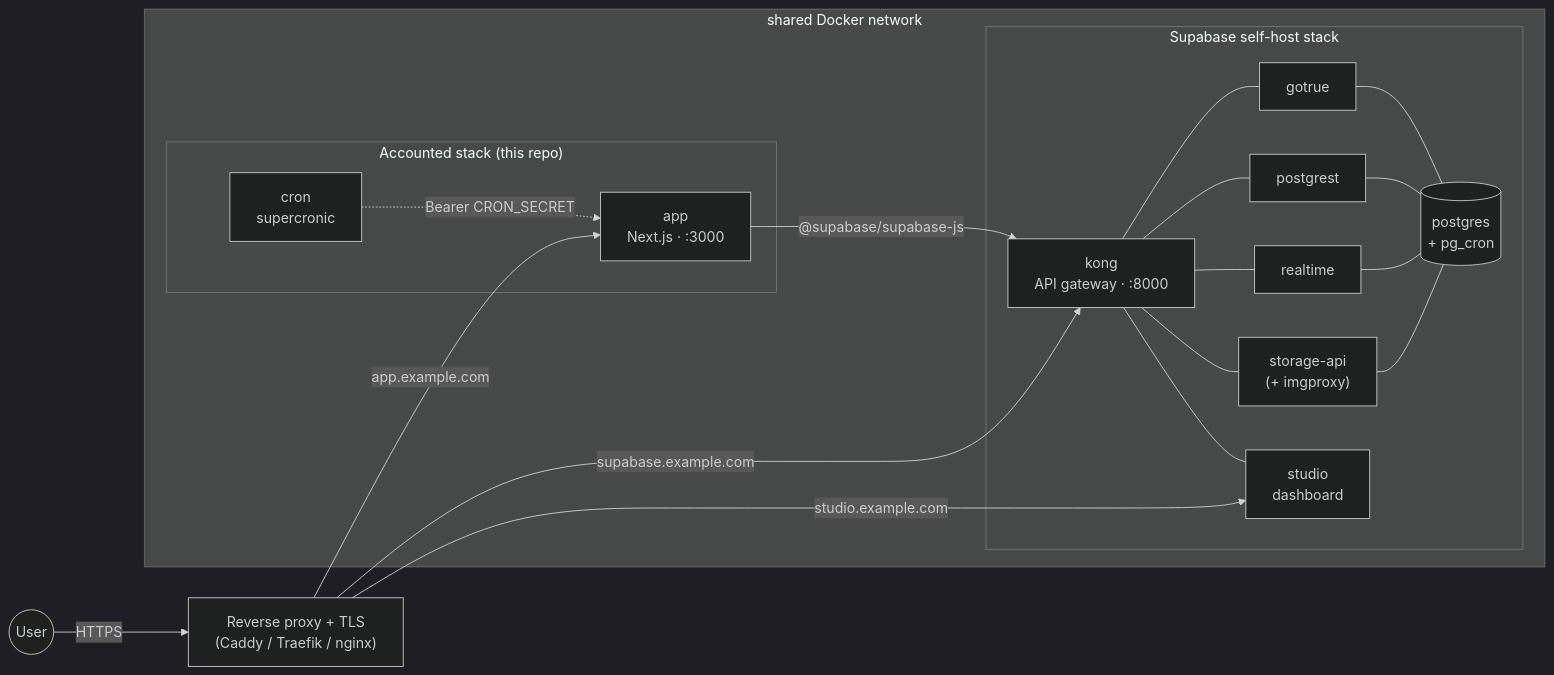
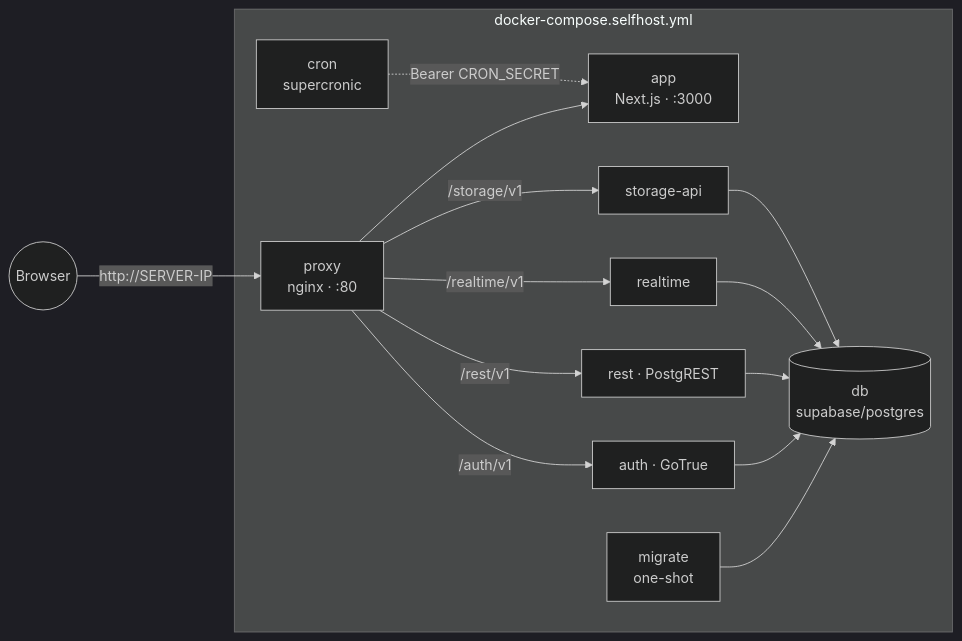
One commit to mews-se/firmabok changed the diagram in docs/SELF-HOSTING.md. Above: the diagram before and after it, drawn with Mermaid (dark theme). The commit also changed other lines of this file and 12 other files, not shown here.

````diff
--- a/docs/SELF-HOSTING.md
+++ b/docs/SELF-HOSTING.md
@@ -293,32 +12,26 @@
 ```mermaid
 flowchart LR
-    user((User))
-    proxy["Reverse proxy + TLS<br/>(Caddy / Traefik / nginx)"]
-    user -- HTTPS --> proxy
+    user((Browser))
+    user -- "http://SERVER-IP" --> nginx
 
-    subgraph dnet["shared Docker network"]
-        subgraph app_stack["Accounted stack (this repo)"]
-            app["app<br/>Next.js · :3000"]
-            cron["cron<br/>supercronic"]
-            cron -. Bearer CRON_SECRET .-> app
-        end
+    subgraph stack["docker-compose.selfhost.yml"]
+        nginx["proxy<br/>nginx · :80"]
+        app["app<br/>Next.js · :3000"]
+        cron["cron<br/>supercronic"]
+        migrate["migrate<br/>one-shot"]
+        db[("db<br/>supabase/postgres")]
+        auth["auth · GoTrue"]
+        rest["rest · PostgREST"]
+        rt["realtime"]
+        storage["storage-api"]
 
-        subgraph supabase_stack["Supabase self-host stack"]
-            kong["kong<br/>API gateway · :8000"]
-            studio["studio<br/>dashboard"]
-            db[("postgres<br/>+ pg_cron")]
-            auth["gotrue"]
-            rest["postgrest"]
-            rt["realtime"]
-            storage["storage-api<br/>(+ imgproxy)"]
-            kong --- auth & rest & rt & storage & studio
-            auth & rest & rt & storage --- db
-        end
-
-        app -- "@supabase/supabase-js" --> kong
+        nginx --> app
+        nginx -- /auth/v1 --> auth
+        nginx -- /rest/v1 --> rest
+        nginx -- /realtime/v1 --> rt
+        nginx -- /storage/v1 --> storage
+        cron -. Bearer CRON_SECRET .-> app
+        migrate --> db
+        auth & rest & rt & storage --> db
     end
-
-    proxy -- app.example.com --> app
-    proxy -- supabase.example.com --> kong
-    proxy -- studio.example.com --> studio
 ```
````
